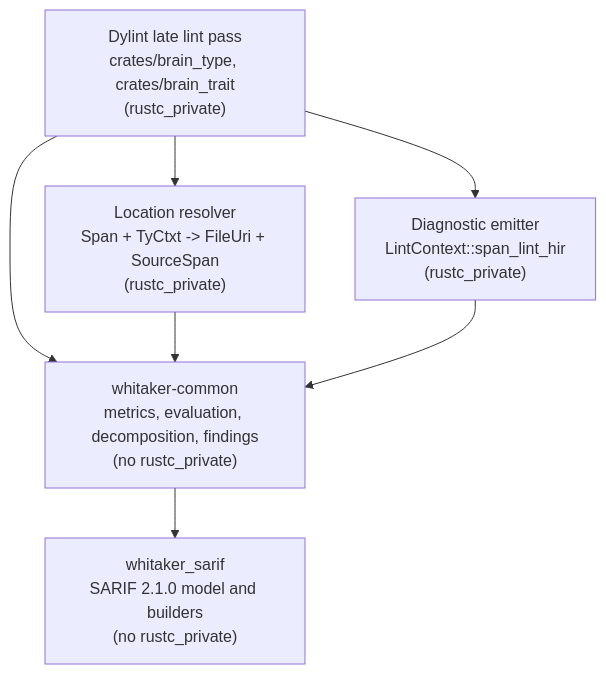
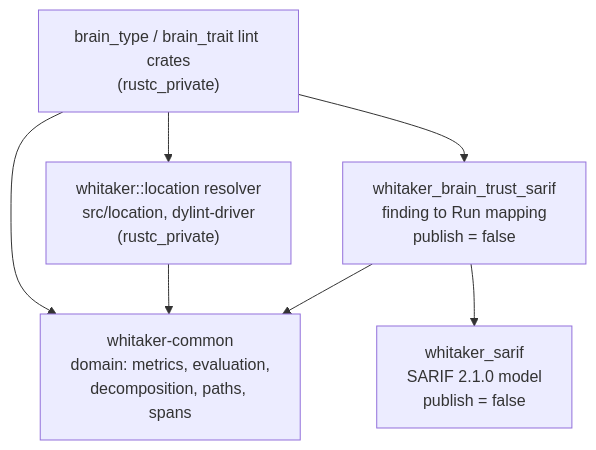
The diagram in docs/execplans/6-1-3-adr-formalizing-the-brain-trust-lint-driver-interfaces.md (leynos/whitaker), drawn with Mermaid before and after one commit. The commit also changed other lines of this file, not shown here.

````diff
--- a/docs/execplans/6-1-3-adr-formalizing-the-brain-trust-lint-driver-interfaces.md
+++ b/docs/execplans/6-1-3-adr-formalizing-the-brain-trust-lint-driver-interfaces.md
@@ -913,14 +1139,14 @@
 ```mermaid
 flowchart TD
-    A["Dylint late lint pass<br/>crates/brain_type, crates/brain_trait<br/>(rustc_private)"]
-    B["Location resolver<br/>Span + TyCtxt -> FileUri + SourceSpan<br/>(rustc_private)"]
-    C["Diagnostic emitter<br/>LintContext::span_lint_hir<br/>(rustc_private)"]
-    D["whitaker-common<br/>metrics, evaluation, decomposition, findings<br/>(no rustc_private)"]
-    E["whitaker_sarif<br/>SARIF 2.1.0 model and builders<br/>(no rustc_private)"]
+    A["brain_type / brain_trait lint crates<br/>(rustc_private)"]
+    B["whitaker::location resolver<br/>src/location, dylint-driver<br/>(rustc_private)"]
+    C["whitaker_brain_trust_sarif<br/>finding to Run mapping<br/>publish = false"]
+    D["whitaker-common<br/>domain: metrics, evaluation,<br/>decomposition, paths, spans"]
+    E["whitaker_sarif<br/>SARIF 2.1.0 model<br/>publish = false"]
     A --> B
     A --> C
     A --> D
     B --> D
     C --> D
-    D --> E
+    C --> E
 ```
````
